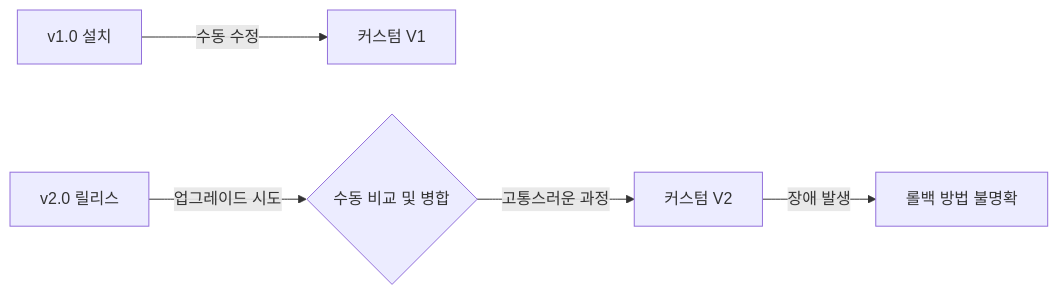
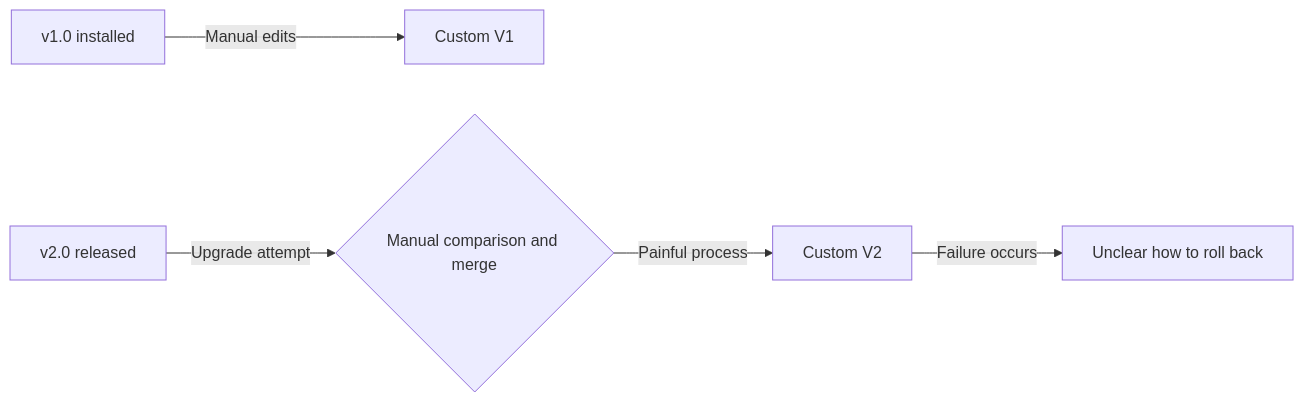
One commit to jeonck/k8s-adv changed the first of 2 diagrams in content/basics/11-package-manager-background.md. Above: the diagram before and after it, drawn with Mermaid. The commit also changed other lines of this file and 223 other files, not shown here.

````diff
--- a/content/basics/11-package-manager-background.md
+++ b/content/basics/11-package-manager-background.md
@@ -25,7 +25,7 @@
 ```mermaid
 graph LR
-    V1[v1.0 설치] -- "수동 수정" --> C1[커스텀 V1]
-    V2[v2.0 릴리스] -- "업그레이드 시도" --> Problem{수동 비교 및 병합}
-    Problem -- "고통스러운 과정" --> C2[커스텀 V2]
-    C2 -- "장애 발생" --> Rollback[롤백 방법 불명확]
+    V1[v1.0 installed] -- "Manual edits" --> C1[Custom V1]
+    V2[v2.0 released] -- "Upgrade attempt" --> Problem{Manual comparison and merge}
+    Problem -- "Painful process" --> C2[Custom V2]
+    C2 -- "Failure occurs" --> Rollback[Unclear how to roll back]
 ```
````
